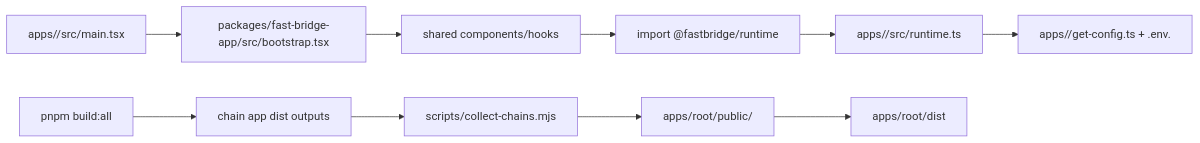
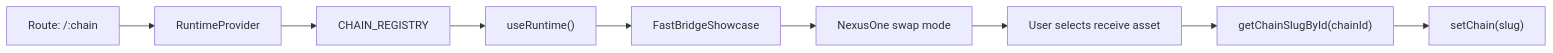
Before and after one commit to availproject/nexus-fast-bridge: the diagram in docs/architecture.md, drawn with Mermaid. The commit also changed other lines of this file and 31 other files, not shown here.

Commit message:
Update fastbridge to use nexus one

````diff
--- a/docs/architecture.md
+++ b/docs/architecture.md
@@ -118,13 +95,11 @@
 ```mermaid
 flowchart LR
-  A["apps/<slug>/src/main.tsx"] --> B["packages/fast-bridge-app/src/bootstrap.tsx"]
-  B --> C["shared components/hooks"]
-  C --> D["import @fastbridge/runtime"]
-  D --> E["apps/<slug>/src/runtime.ts"]
-  E --> F["apps/<slug>/get-config.ts + .env.<slug>"]
-
-  G["pnpm build:all"] --> H["chain app dist outputs"]
-  H --> I["scripts/collect-chains.mjs"]
-  I --> J["apps/root/public/<slug>"]
-  J --> K["apps/root/dist"]
+  A["Route: /:chain"] --> B["RuntimeProvider"]
+  B --> C["CHAIN_REGISTRY"]
+  C --> D["useRuntime()"]
+  D --> E["FastBridgeShowcase"]
+  E --> F["NexusOne swap mode"]
+  F --> G["User selects receive asset"]
+  G --> H["getChainSlugById(chainId)"]
+  H --> I["setChain(slug)"]
 ```
````
